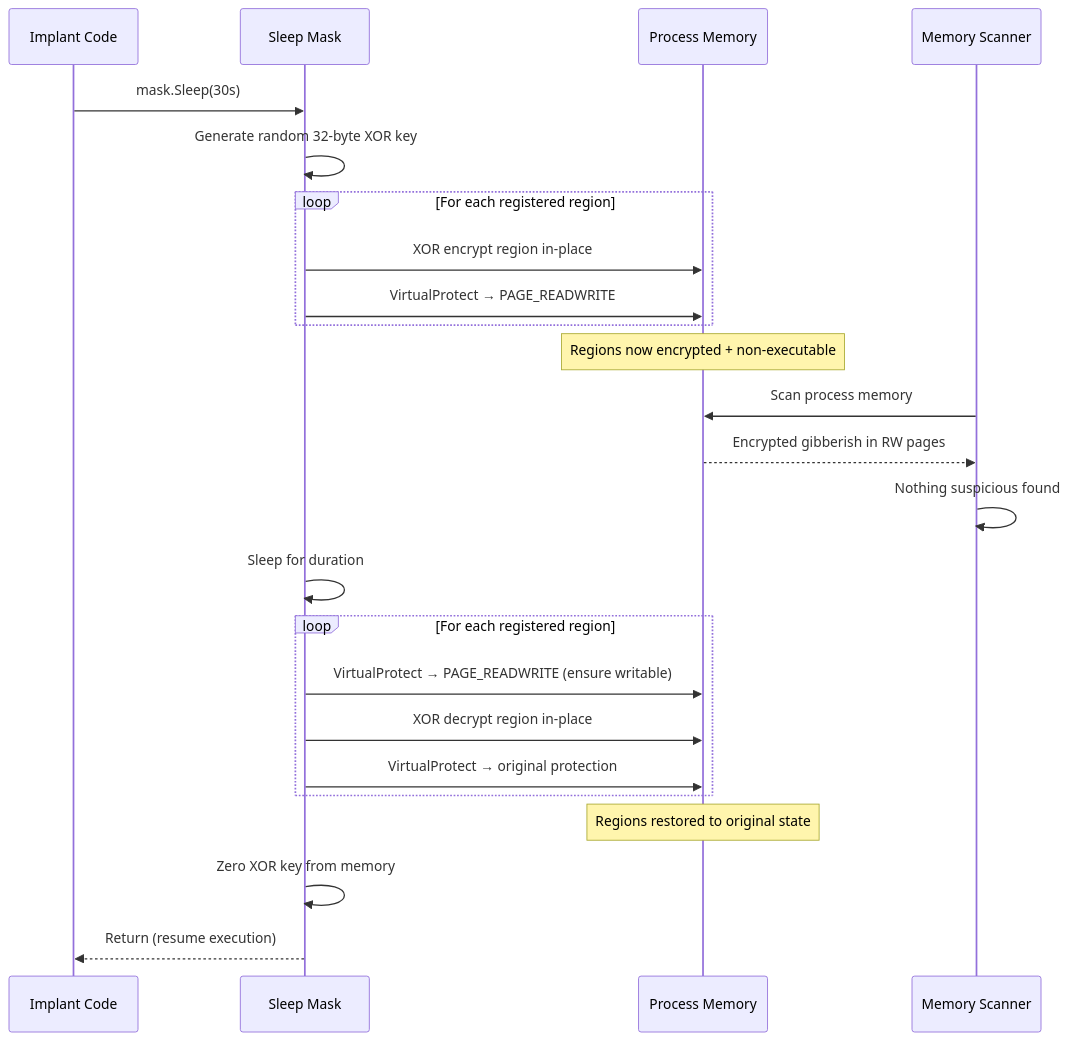
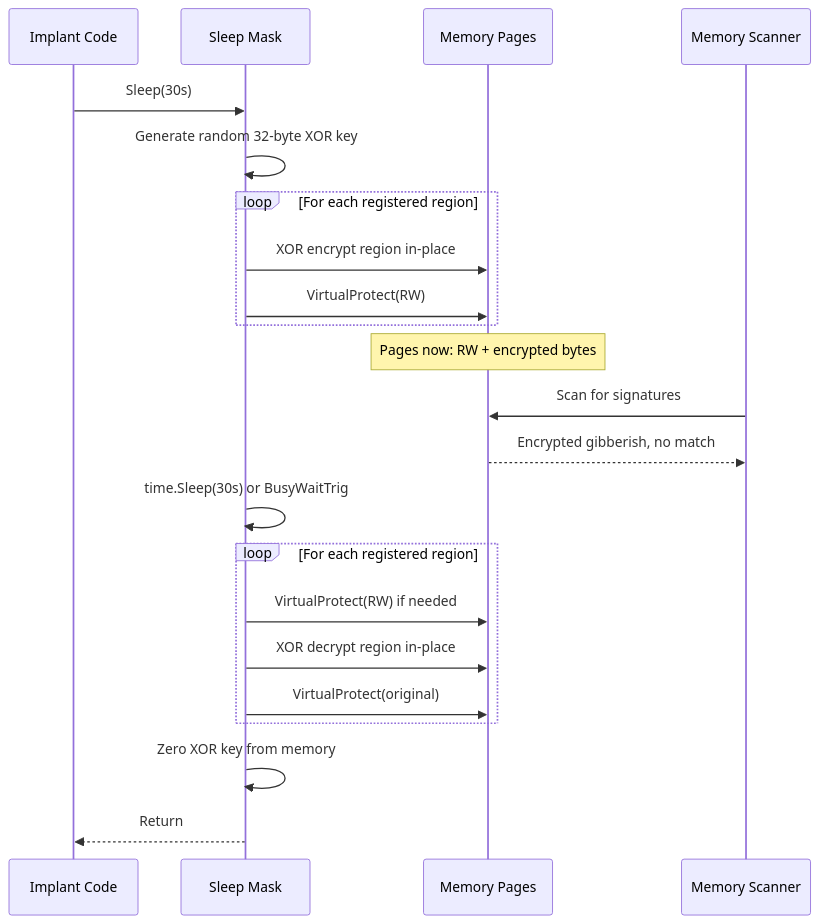
Before and after one commit to oioio-space/maldev: the diagram in docs/techniques/evasion/sleep-mask.md, drawn with Mermaid. The commit also changed other lines of this file and 4 other files, not shown here.

````diff
--- a/docs/techniques/evasion/sleep-mask.md
+++ b/docs/techniques/evasion/sleep-mask.md
@@ -15,36 +15,32 @@
 ```mermaid
 sequenceDiagram
     participant Implant as Implant Code
     participant Mask as Sleep Mask
-    participant Memory as Process Memory
+    participant Memory as Memory Pages
     participant Scanner as Memory Scanner
 
-    Implant->>Mask: mask.Sleep(30s)
+    Implant->>Mask: Sleep(30s)
 
     Mask->>Mask: Generate random 32-byte XOR key
 
     loop For each registered region
         Mask->>Memory: XOR encrypt region in-place
-        Mask->>Memory: VirtualProtect → PAGE_READWRITE
+        Mask->>Memory: VirtualProtect(RW)
     end
 
-    Note over Memory: Regions now encrypted + non-executable
+    Note over Memory: Pages now: RW + encrypted bytes
 
-    Scanner->>Memory: Scan process memory
-    Memory-->>Scanner: Encrypted gibberish in RW pages
-    Scanner->>Scanner: Nothing suspicious found
+    Scanner->>Memory: Scan for signatures
+    Memory-->>Scanner: Encrypted gibberish, no match
 
-    Mask->>Mask: Sleep for duration
+    Mask->>Mask: time.Sleep(30s) or BusyWaitTrig
 
     loop For each registered region
-        Mask->>Memory: VirtualProtect → PAGE_READWRITE (ensure writable)
+        Mask->>Memory: VirtualProtect(RW) if needed
         Mask->>Memory: XOR decrypt region in-place
-        Mask->>Memory: VirtualProtect → original protection
+        Mask->>Memory: VirtualProtect(original)
     end
 
-    Note over Memory: Regions restored to original state
-
     Mask->>Mask: Zero XOR key from memory
-
-    Mask-->>Implant: Return (resume execution)
+    Mask-->>Implant: Return
 ```
````
